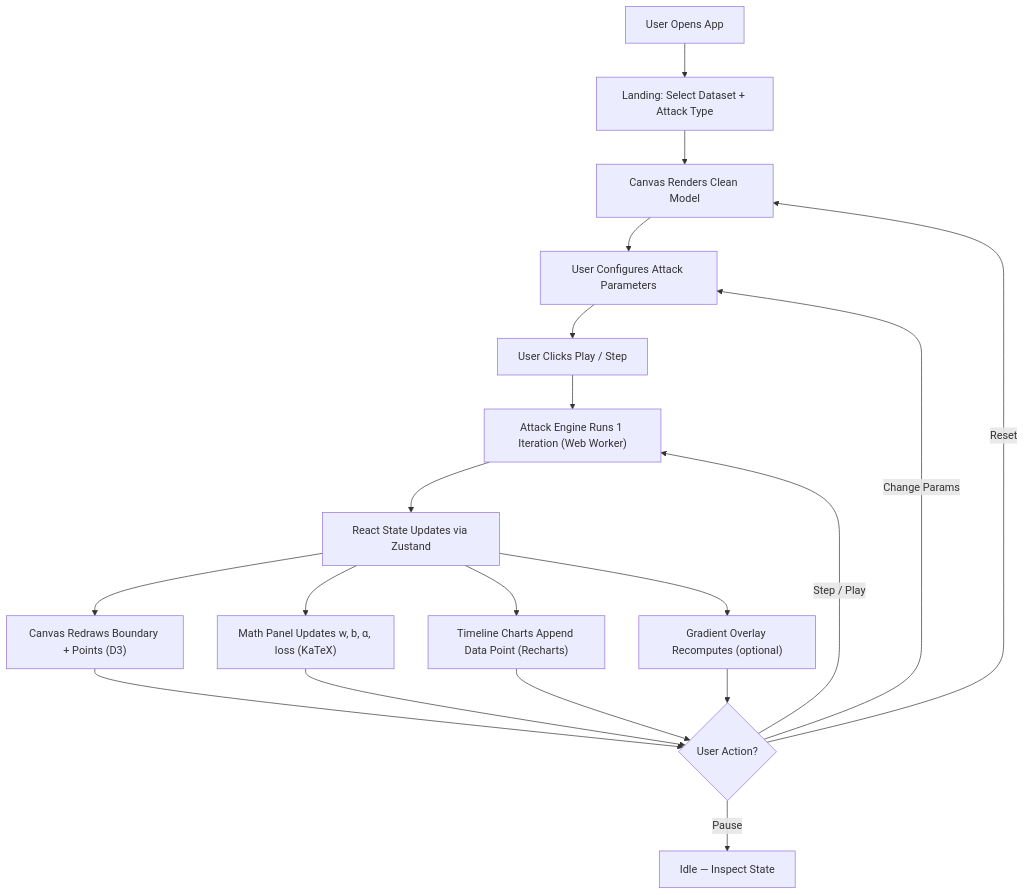
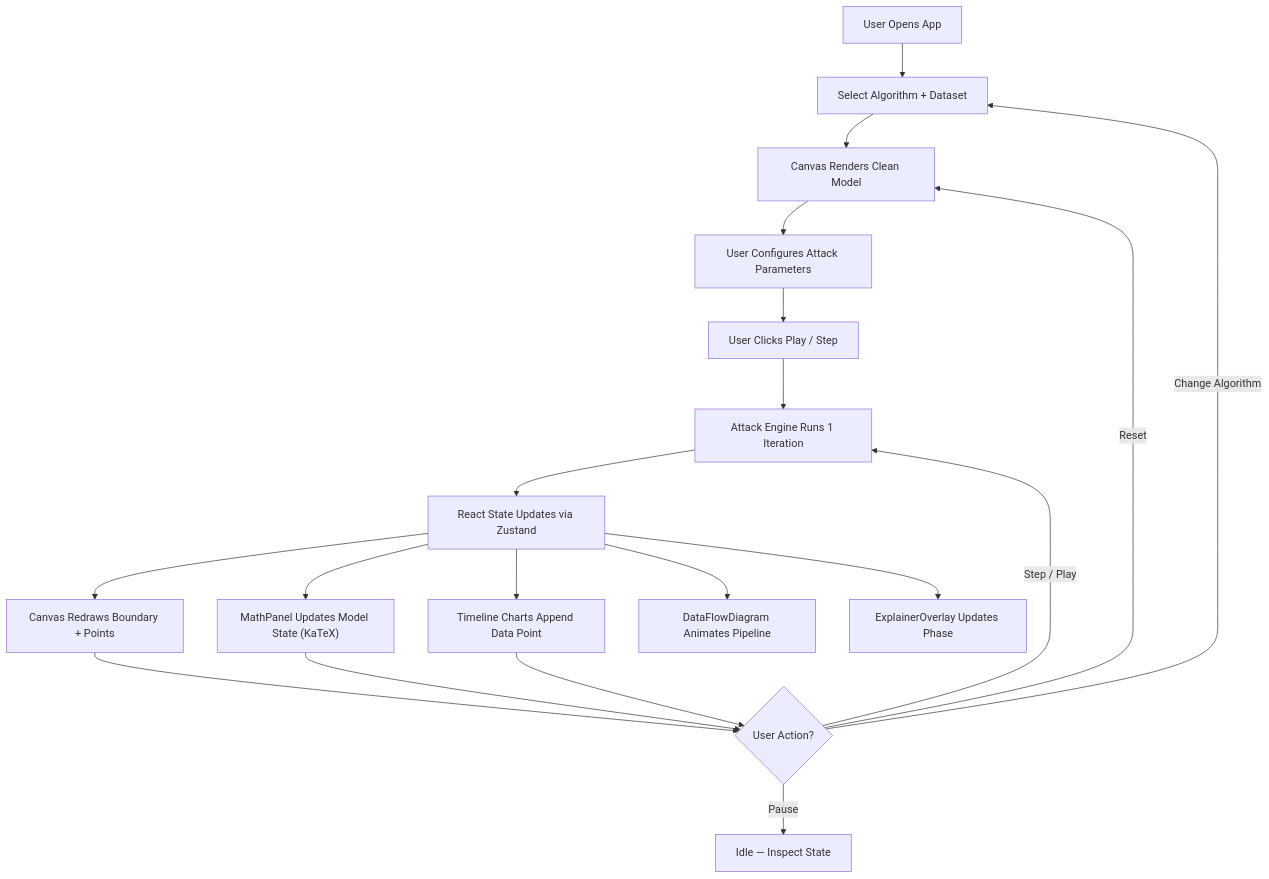
The first of 2 diagrams in docs/architecture.md (untrained0/ML-for-Security), drawn with Mermaid before and after one commit. The commit also changed other lines of this file and 41 other files, not shown here.

````diff
--- a/docs/architecture.md
+++ b/docs/architecture.md
@@ -7,21 +7,21 @@
 ```mermaid
 graph TD
-    A["User Opens App"] --> B["Landing: Select Dataset + Attack Type"]
+    A["User Opens App"] --> B["Select Algorithm + Dataset"]
     B --> C["Canvas Renders Clean Model"]
     C --> D["User Configures Attack Parameters"]
     D --> E["User Clicks Play / Step"]
-    E --> F["Attack Engine Runs 1 Iteration (Web Worker)"]
+    E --> F["Attack Engine Runs 1 Iteration"]
     F --> G["React State Updates via Zustand"]
-    G --> H1["Canvas Redraws Boundary + Points (D3)"]
-    G --> H2["Math Panel Updates w, b, α, loss (KaTeX)"]
-    G --> H3["Timeline Charts Append Data Point (Recharts)"]
-    G --> H4["Gradient Overlay Recomputes (optional)"]
+    G --> H1["Canvas Redraws Boundary + Points"]
+    G --> H2["MathPanel Updates Model State (KaTeX)"]
+    G --> H3["Timeline Charts Append Data Point"]
+    G --> H4["DataFlowDiagram Animates Pipeline"]
+    G --> H5["ExplainerOverlay Updates Phase"]
     H1 --> I{"User Action?"}
     H2 --> I
     H3 --> I
-    H4 --> I
     I -->|Step / Play| F
     I -->|Pause| J["Idle — Inspect State"]
     I -->|Reset| C
-    I -->|Change Params| D
+    I -->|Change Algorithm| B
 ```
````
